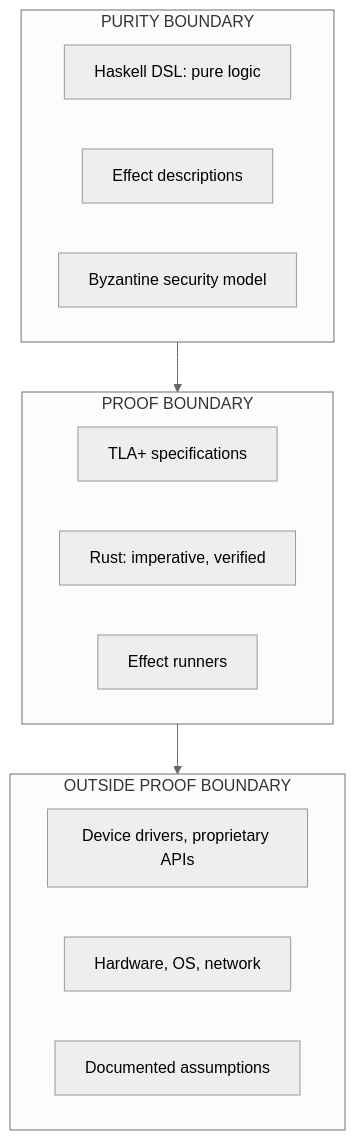
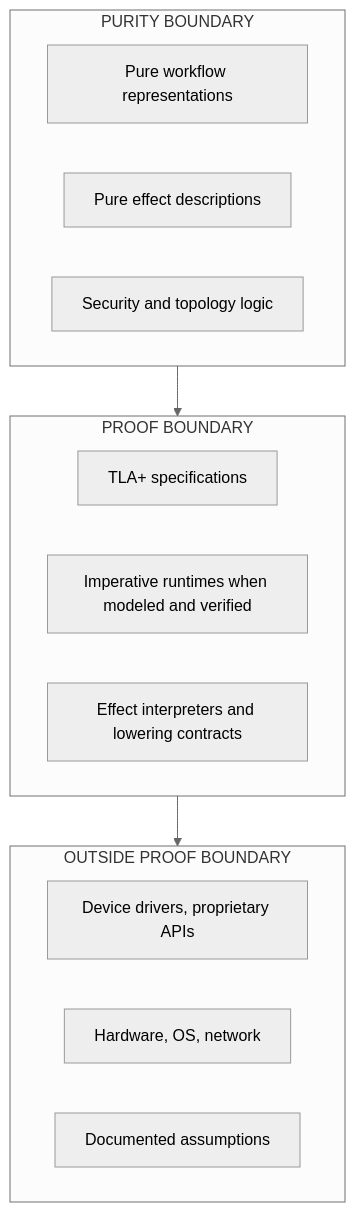
Before and after one commit to Tuee22/effectful: the first of 2 diagrams in documents/dsl/intro.md, drawn with Mermaid (neutral theme). The commit also changed other lines of this file and 8 other files, not shown here.

````diff
--- a/documents/dsl/intro.md
+++ b/documents/dsl/intro.md
@@ -85,22 +104,22 @@
 ```mermaid
 flowchart TB
   %% Architectural diagram (non-canonical) - subgraph allowed for boundary visualization
   %% Nested boundary model - proof boundary contains purity boundary
   subgraph Outside["OUTSIDE PROOF BOUNDARY"]
     Drivers["Device drivers, proprietary APIs"]
     Hardware["Hardware, OS, network"]
     Assumptions["Documented assumptions"]
   end
   subgraph Proof["PROOF BOUNDARY"]
     TLA["TLA+ specifications"]
-    Rust["Rust: imperative, verified"]
-    Runners["Effect runners"]
+    Runtime["Imperative runtimes when modeled and verified"]
+    Runners["Effect interpreters and lowering contracts"]
   end
   subgraph Purity["PURITY BOUNDARY"]
-    Haskell["Haskell DSL: pure logic"]
-    Effects["Effect descriptions"]
-    Byzantine["Byzantine security model"]
+    Workflow["Pure workflow representations"]
+    Effects["Pure effect descriptions"]
+    Byzantine["Security and topology logic"]
   end
   Purity --> Proof
   Proof --> Outside
 ```
````
